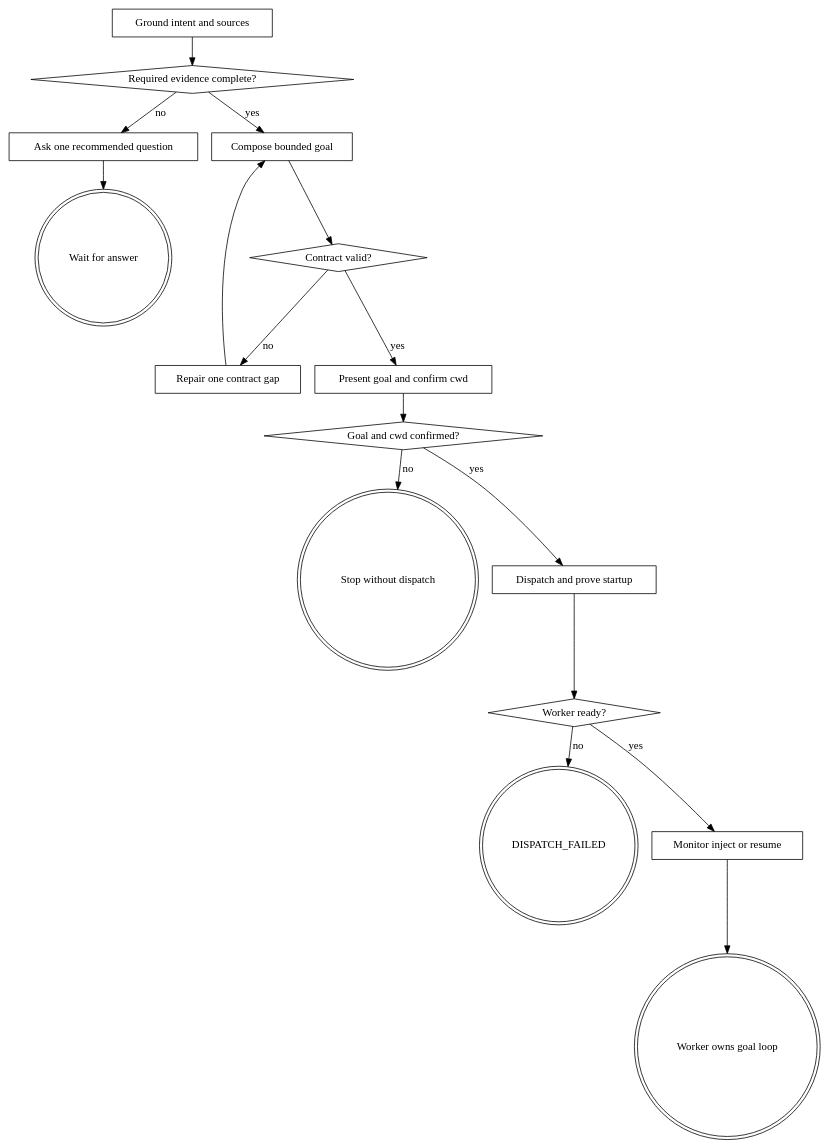
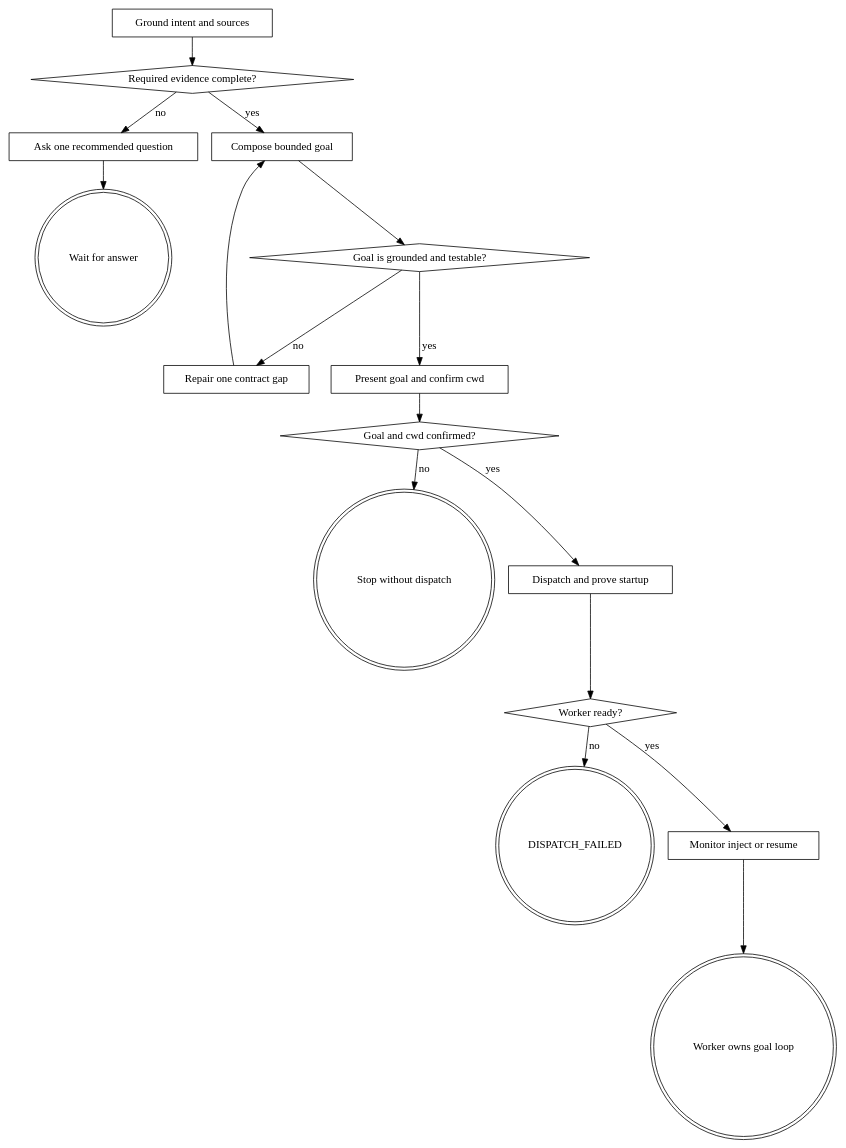
Before and after one commit to waynejing995/wayne-taste: the diagram in wayne-goal-prompt/SKILL.md, drawn with Graphviz. The commit also changed other lines of this file and 6 other files, not shown here.

````diff
--- a/wayne-goal-prompt/SKILL.md
+++ b/wayne-goal-prompt/SKILL.md
@@ -45,36 +46,36 @@
 ```dot
 digraph goal_prompt {
     rankdir=TB;
     A [label="Ground intent and sources", shape=box];
     B [label="Required evidence complete?", shape=diamond];
     Q [label="Ask one recommended question", shape=box];
     W [label="Wait for answer", shape=doublecircle];
     C [label="Compose bounded goal", shape=box];
-    D [label="Contract valid?", shape=diamond];
+    D [label="Goal is grounded and testable?", shape=diamond];
     R [label="Repair one contract gap", shape=box];
     E [label="Present goal and confirm cwd", shape=box];
     F [label="Goal and cwd confirmed?", shape=diamond];
     S [label="Stop without dispatch", shape=doublecircle];
     G [label="Dispatch and prove startup", shape=box];
     H [label="Worker ready?", shape=diamond];
     X [label="DISPATCH_FAILED", shape=doublecircle];
     M [label="Monitor inject or resume", shape=box];
     Z [label="Worker owns goal loop", shape=doublecircle];
 
     A -> B;
     B -> Q [label="no"];
     Q -> W;
     B -> C [label="yes"];
     C -> D;
     D -> R [label="no"];
     R -> C;
     D -> E [label="yes"];
     E -> F;
     F -> S [label="no"];
     F -> G [label="yes"];
     G -> H;
     H -> X [label="no"];
     H -> M [label="yes"];
     M -> Z;
 }
 ```
````
